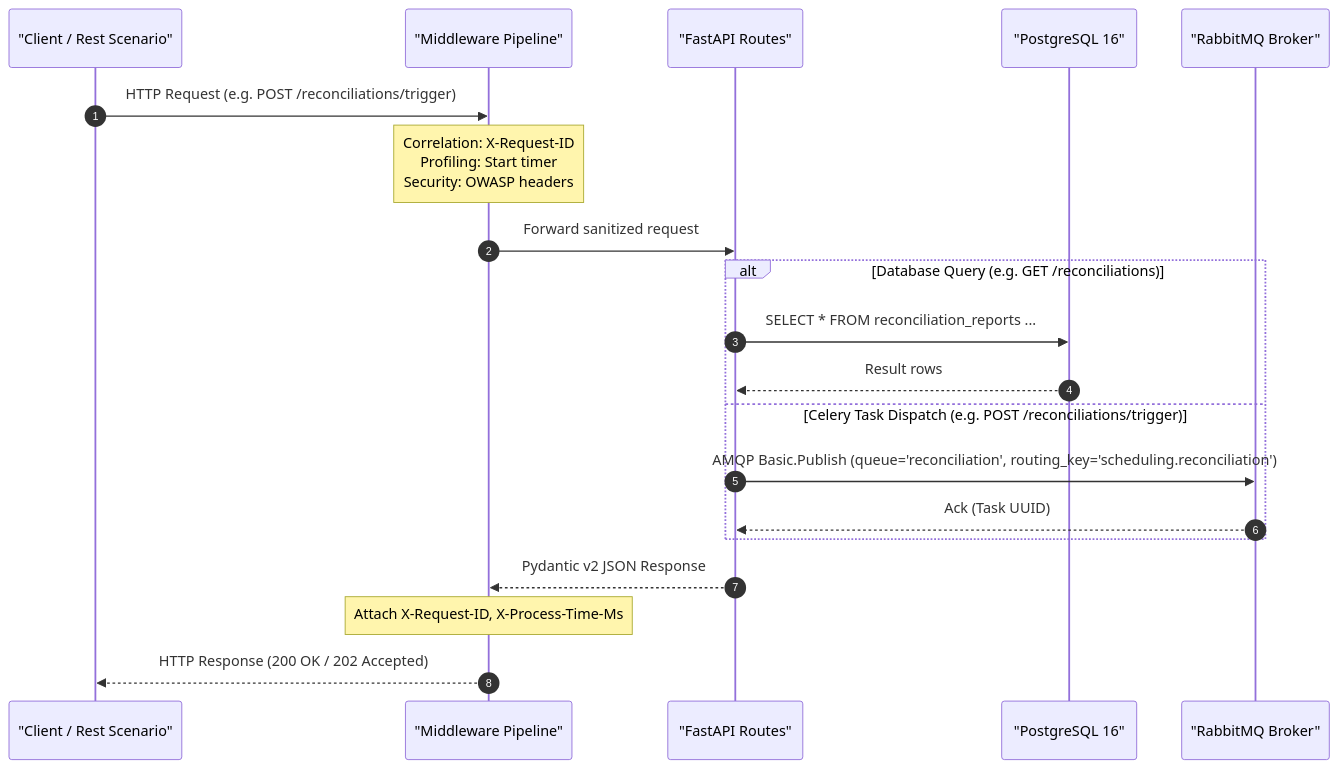
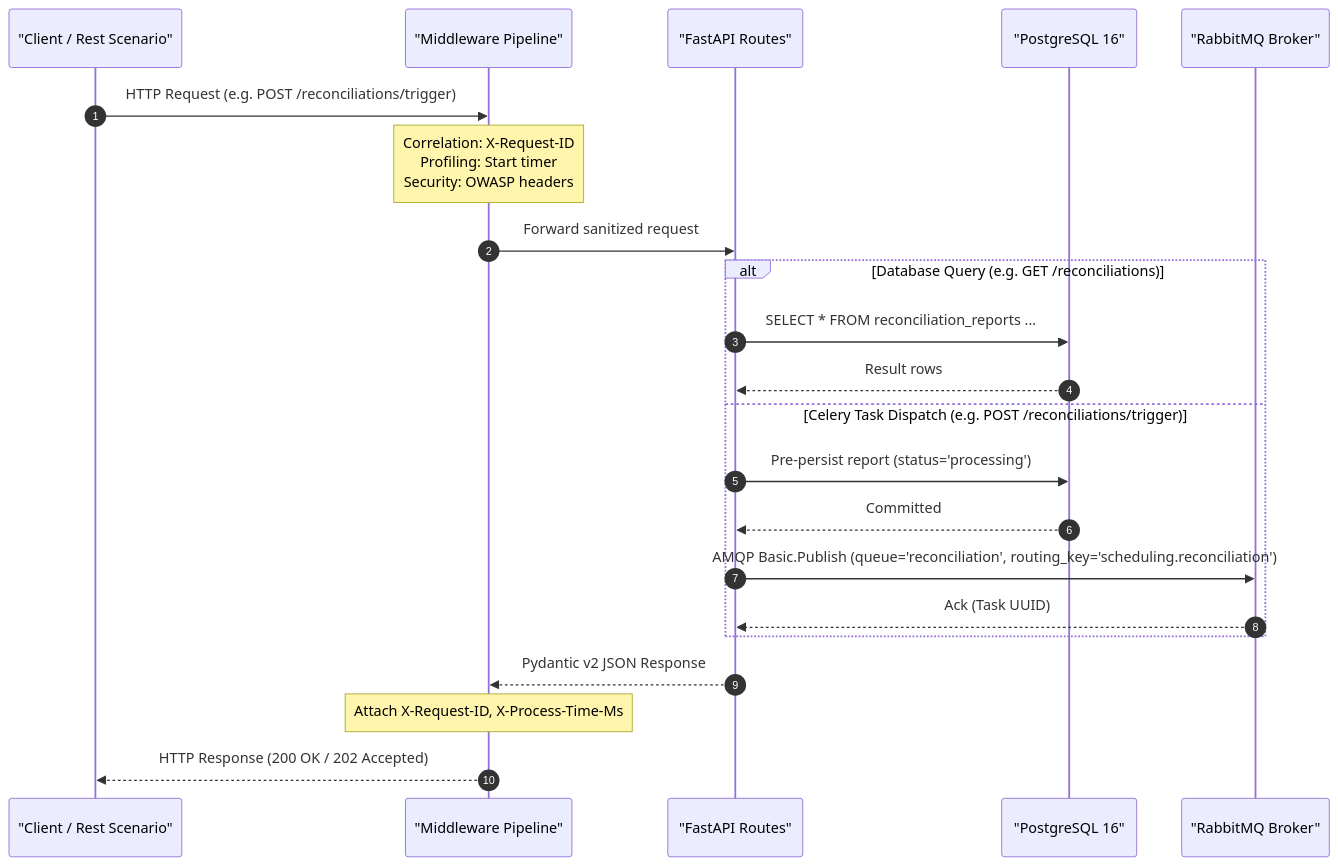
The sixth of 8 diagrams in Celery/2_Advanced_Celery_Topics/04_scheduling/docs/ARCHITECTURE_AND_STANDARDS.md (Santiagus/Python), drawn with Mermaid before and after one commit. The commit also changed other lines of this file and 1 other file, not shown here.

First line of the commit message:
docs(04_scheduling): align schema and architecture sequence diagrams with direct processing in-flight state

````diff
--- a/Celery/2_Advanced_Celery_Topics/04_scheduling/docs/ARCHITECTURE_AND_STANDARDS.md
+++ b/Celery/2_Advanced_Celery_Topics/04_scheduling/docs/ARCHITECTURE_AND_STANDARDS.md
@@ -465,23 +465,25 @@
 ```mermaid
 sequenceDiagram
     autonumber
     participant C as "Client / Rest Scenario"
     participant MW as "Middleware Pipeline"
     participant API as "FastAPI Routes"
     participant PG as "PostgreSQL 16"
     participant RMQ as "RabbitMQ Broker"
 
     C->>MW: HTTP Request (e.g. POST /reconciliations/trigger)
     Note over MW: Correlation: X-Request-ID<br/>Profiling: Start timer<br/>Security: OWASP headers
     MW->>API: Forward sanitized request
     alt Database Query (e.g. GET /reconciliations)
         API->>PG: SELECT * FROM reconciliation_reports ...
         PG-->>API: Result rows
     else Celery Task Dispatch (e.g. POST /reconciliations/trigger)
+        API->>PG: Pre-persist report (status='processing')
+        PG-->>API: Committed
         API->>RMQ: AMQP Basic.Publish (queue='reconciliation', routing_key='scheduling.reconciliation')
         RMQ-->>API: Ack (Task UUID)
     end
     API-->>MW: Pydantic v2 JSON Response
     Note over MW: Attach X-Request-ID, X-Process-Time-Ms
     MW-->>C: HTTP Response (200 OK / 202 Accepted)
 ```
````
